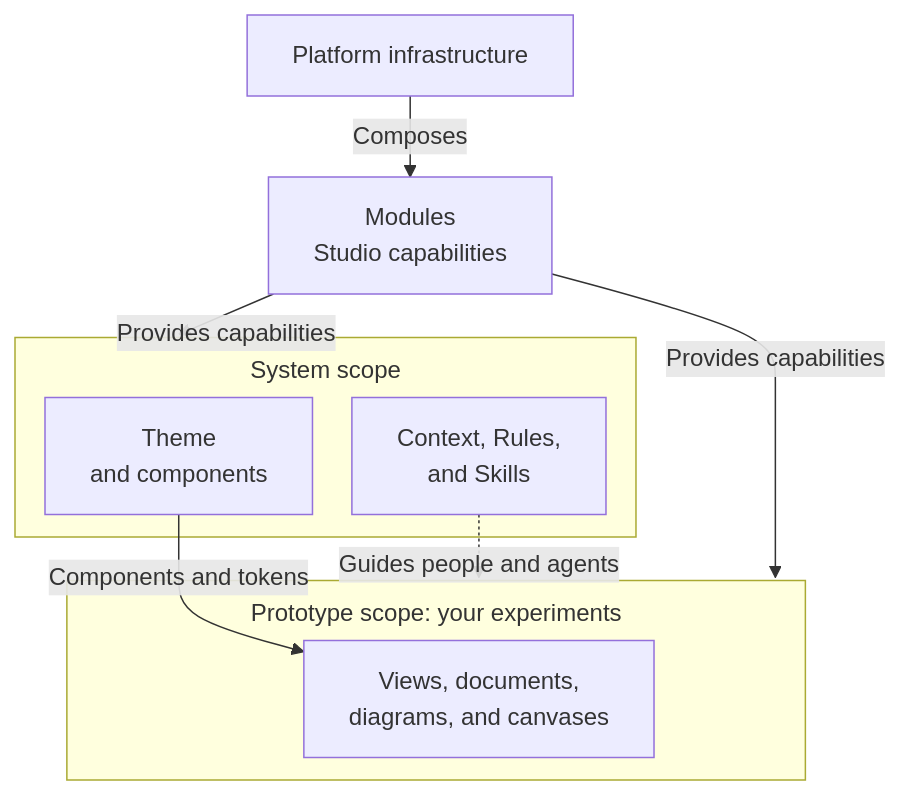
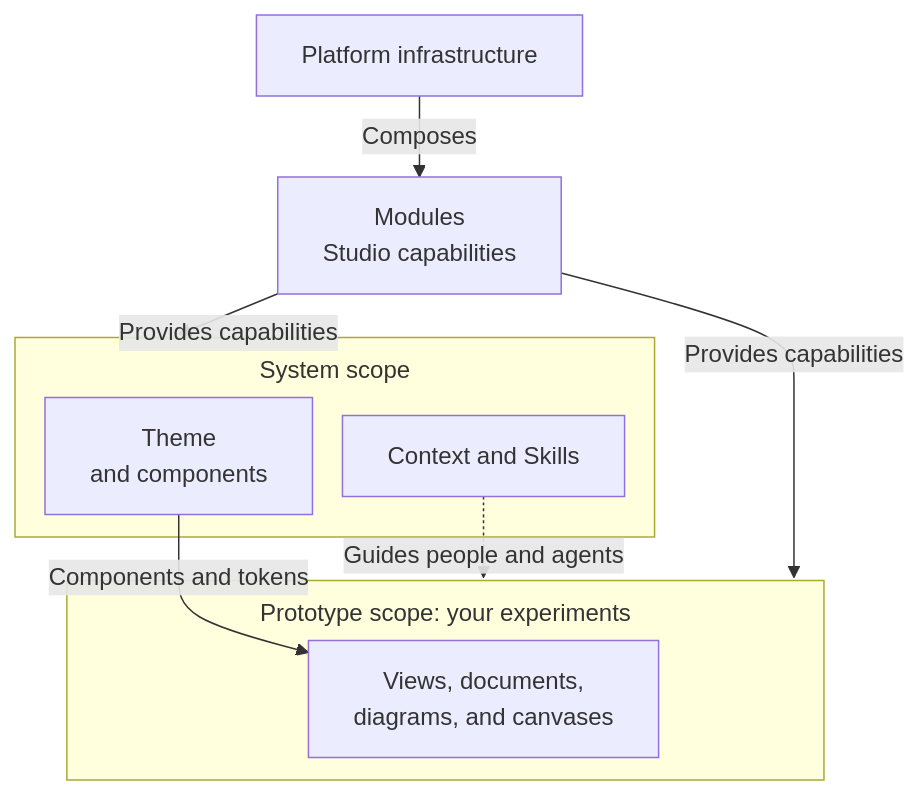
Before and after one commit to itspatmorgan/design-studio-starter: the first of 2 diagrams in src/modules/documentation/pages/index.md, drawn with Mermaid. The commit also changed other lines of this file and 151 other files, not shown here.

Commit message:
Restructure studio guidance into owned context and native skills

````diff
--- a/src/modules/documentation/pages/index.md
+++ b/src/modules/documentation/pages/index.md
@@ -17,20 +17,20 @@
 ```mermaid
 %%{init: {"flowchart": {"nodeSpacing": 20, "rankSpacing": 30, "subGraphTitleMargin": {"top": 10, "bottom": 15}}}}%%
 flowchart TB
   accTitle: Studio ownership and safe working areas
-  accDescr: Platform infrastructure composes modules that provide studio capabilities. Each system owns theme, components, context, rules, and skills. Contributor-owned prototypes use an assigned system and contain artifacts for local experiments.
+  accDescr: Platform infrastructure composes modules that provide studio capabilities. Each system owns theme, components, context and skills. Contributor-owned prototypes use an assigned system and contain artifacts for local experiments.
   platform[Platform infrastructure]
   modules[Modules<br/>Studio capabilities]
   subgraph system[System scope]
     ui[Theme<br/>and components]
-    knowledge[Context, Rules,<br/>and Skills]
+    knowledge[Context and Skills]
   end
   subgraph yours[Prototype scope: your experiments]
     artifacts[Views, documents,<br/>diagrams, and canvases]
   end
   platform -->|Composes| modules
   modules -->|Provides capabilities| system
   modules -->|Provides capabilities| yours
   ui -->|Components and tokens| artifacts
   knowledge -.->|Guides people and agents| yours
 ```
````
